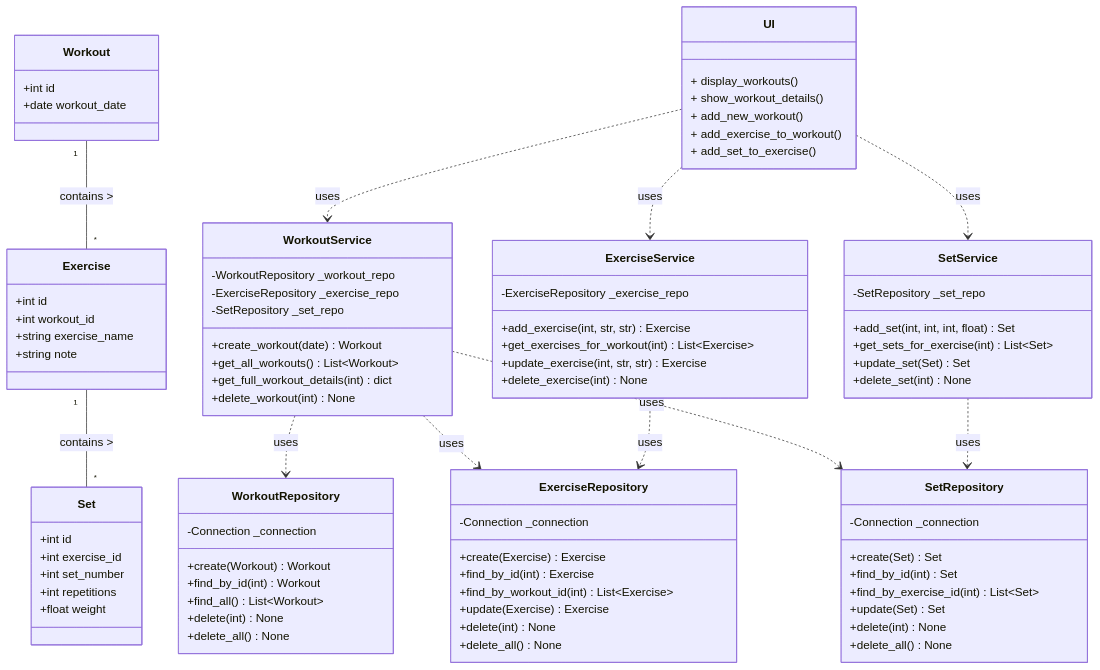
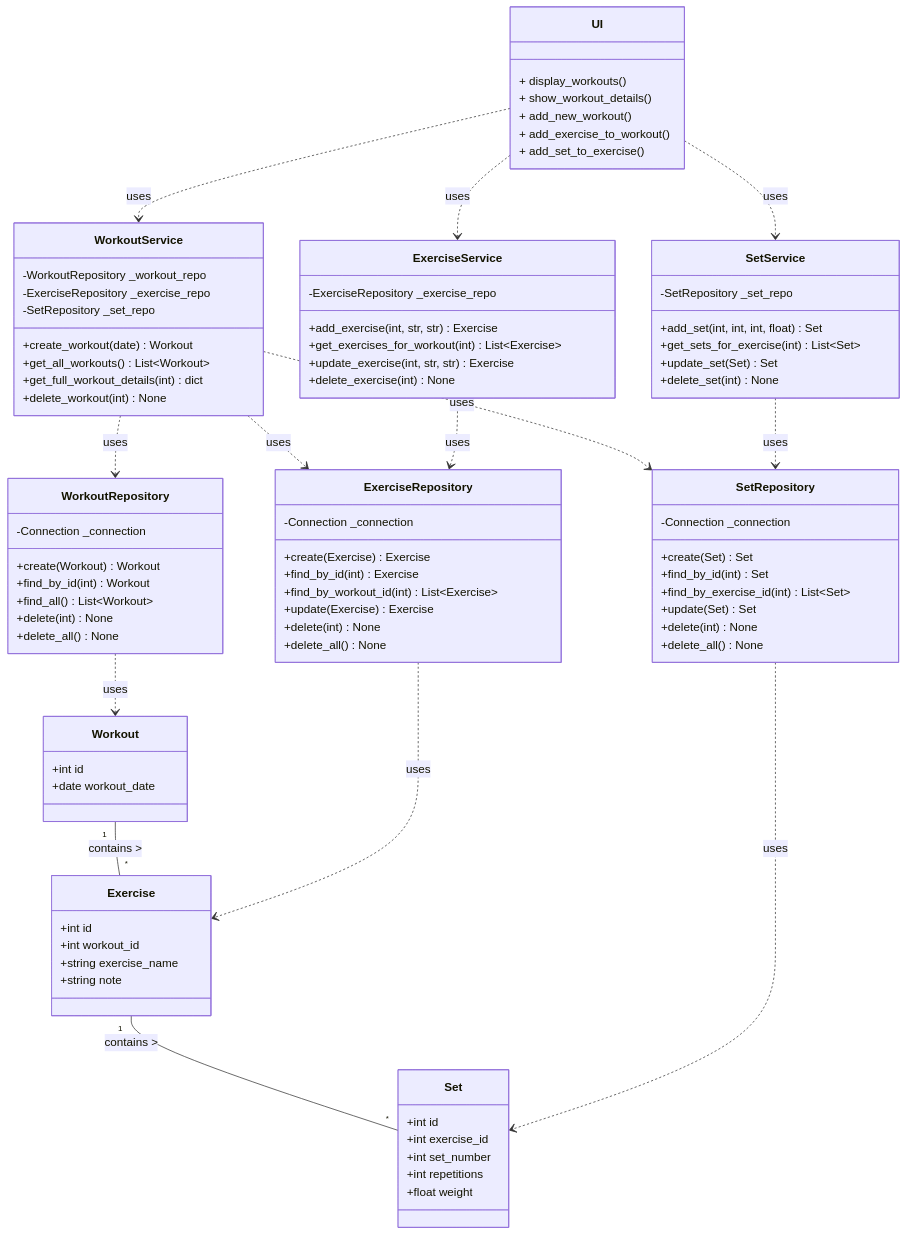
One commit to MatiasSlotboom/ot-harjoitustyo changed the diagram in dokumentaatio/arkkitehtuuri.md. Above: the diagram before and after it, drawn with Mermaid. The commit also changed 3 other files, not shown here.

````diff
--- a/dokumentaatio/arkkitehtuuri.md
+++ b/dokumentaatio/arkkitehtuuri.md
@@ -96,4 +96,8 @@
     UI ..> WorkoutService : uses
     UI ..> ExerciseService : uses
     UI ..> SetService : uses
+
+    WorkoutRepository ..> Workout : uses
+    ExerciseRepository ..> Exercise : uses
+    SetRepository ..> Set : uses
 ```
````
